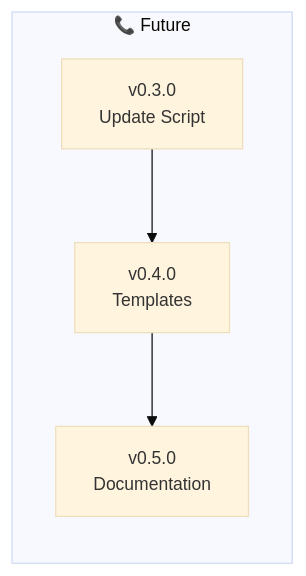
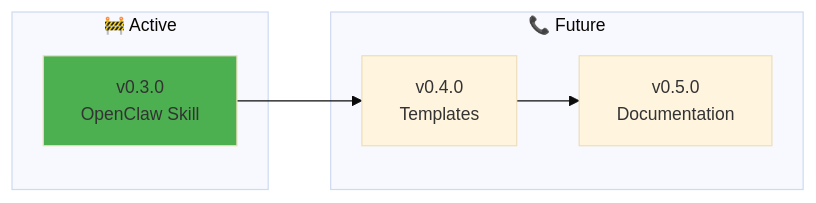
The diagram in backstage/ROADMAP.md (nonlinear/backstage), drawn with Mermaid before and after one commit. The commit also changed other lines of this file, not shown here.

Commit message:
fix: restore ROADMAP epics (v0.3.0, v0.4.0, v0.5.0)

````diff
--- a/backstage/ROADMAP.md
+++ b/backstage/ROADMAP.md
@@ -5,12 +72,17 @@
 ```mermaid
 %%{init: {'theme':'base', 'themeVariables': { 'fontSize':'14px'}}}%%
 graph LR
+    subgraph "🚧 Active"
+        V03[v0.3.0<br/>OpenClaw Skill]
+    end
+    
     subgraph "📞 Future"
-        V03[v0.3.0<br/>Update Script]
         V04[v0.4.0<br/>Templates]
         V05[v0.5.0<br/>Documentation]
     end
 
     V03 --> V04
     V04 --> V05
+    
+    style V03 fill:#4CAF50
 ```
````
